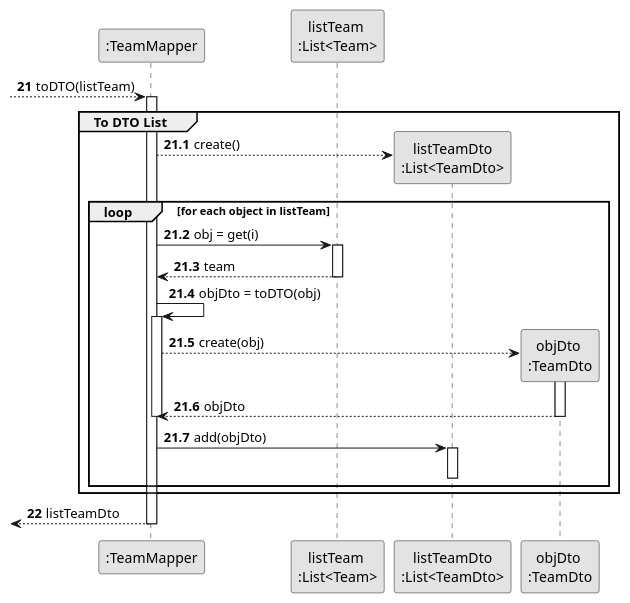
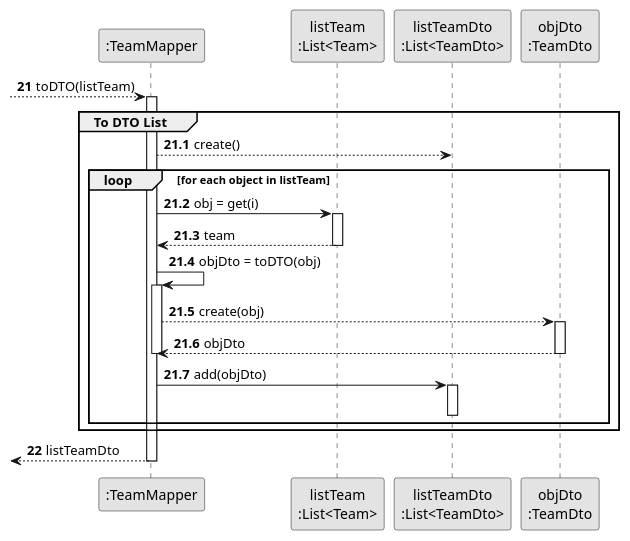
One commit to Departamento-de-Engenharia-Informatica/lei-24-s2-1db-g022 changed the diagram in docs/sprint3/us23/03.design/puml/us23-partial-sequence-diagram-SD-toDTO-List.puml. Above: the diagram before and after it, drawn with PlantUML.

Commit message:
update dto us23

```diff
--- a/docs/sprint3/us23/03.design/puml/us23-partial-sequence-diagram-SD-toDTO-List.puml
+++ b/docs/sprint3/us23/03.design/puml/us23-partial-sequence-diagram-SD-toDTO-List.puml
@@ -1,64 +1,63 @@
 @startuml
 'https://plantuml.com/sequence-diagram
 skinparam monochrome true
 skinparam packageStyle rectangle
 skinparam shadowing false
 
 participant ":TeamMapper" as TEAMMP
-participant "listTeam \n:List<Team>" as TEAMLIST
+participant "listTeam\n:List<Team>" as TEAMLIST
 participant "listTeamDto\n:List<TeamDto>" as LSTEAMDTO
-participant "objDto \n:TeamDto" as DTOTEAM
+participant "objDto\n:TeamDto" as DTOTEAM
 
 autonumber 21
 
 --> TEAMMP : toDTO(listTeam)
 
 autonumber 21.1
 
 activate TEAMMP
 
 group To DTO List
 
-TEAMMP --> LSTEAMDTO** : create()
+TEAMMP --> LSTEAMDTO : create()
 
 loop for each object in listTeam
 
 TEAMMP -> TEAMLIST : obj = get(i)
 
 activate TEAMLIST
 
 TEAMLIST --> TEAMMP : team
 
 deactivate TEAMLIST
 
 TEAMMP -> TEAMMP : objDto = toDTO(obj)
 
 activate TEAMMP
 
-TEAMMP --> DTOTEAM** : create(obj)
+TEAMMP --> DTOTEAM : create(obj)
 
 activate DTOTEAM
 
 DTOTEAM --> TEAMMP : objDto
 
 deactivate DTOTEAM
 
 deactivate TEAMMP
 
 TEAMMP -> LSTEAMDTO : add(objDto)
 
 activate LSTEAMDTO
 
-
 deactivate LSTEAMDTO
 
 end
 
 end
 
 autonumber 22
 
-<--TEAMMP : listTeamDto
+<-- TEAMMP : listTeamDto
 
 deactivate TEAMMP
 @enduml
```
